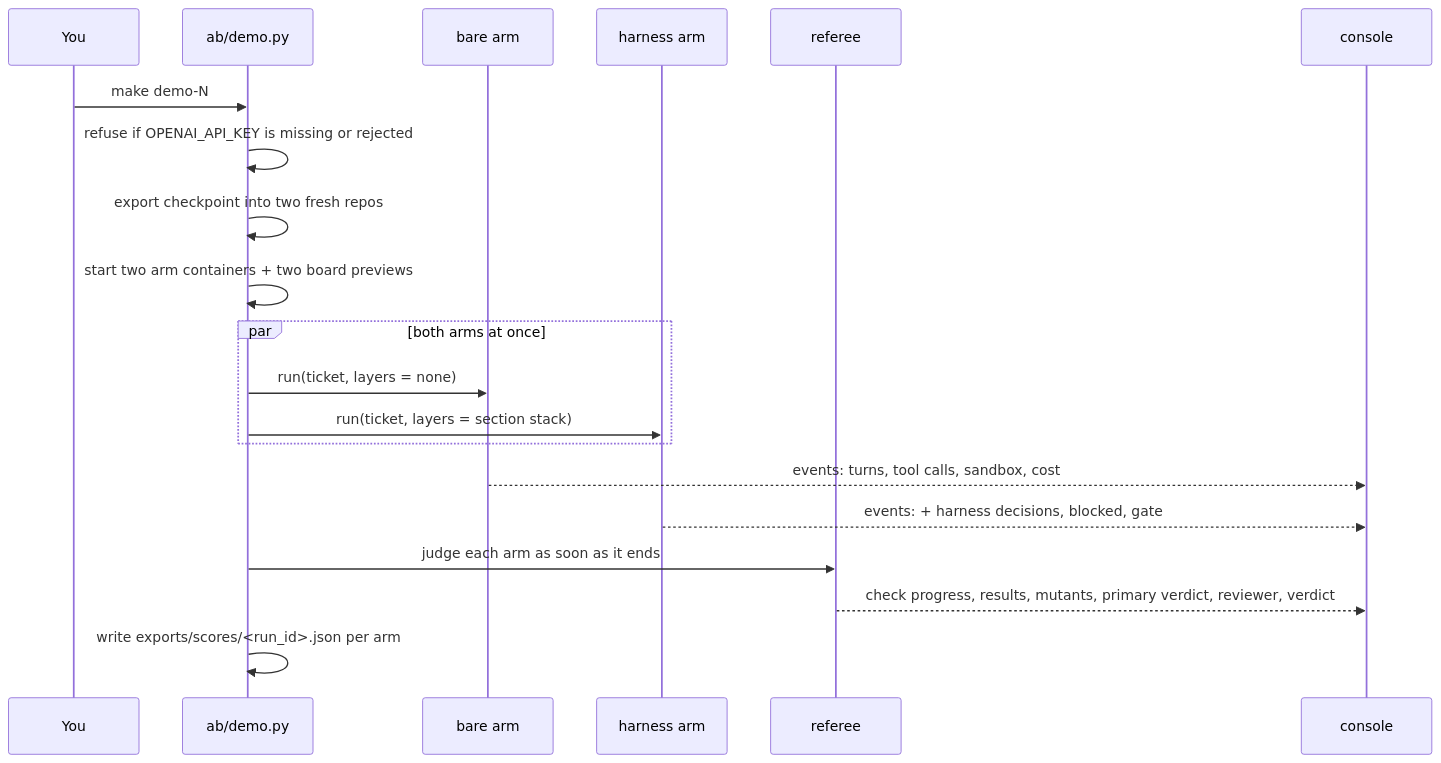
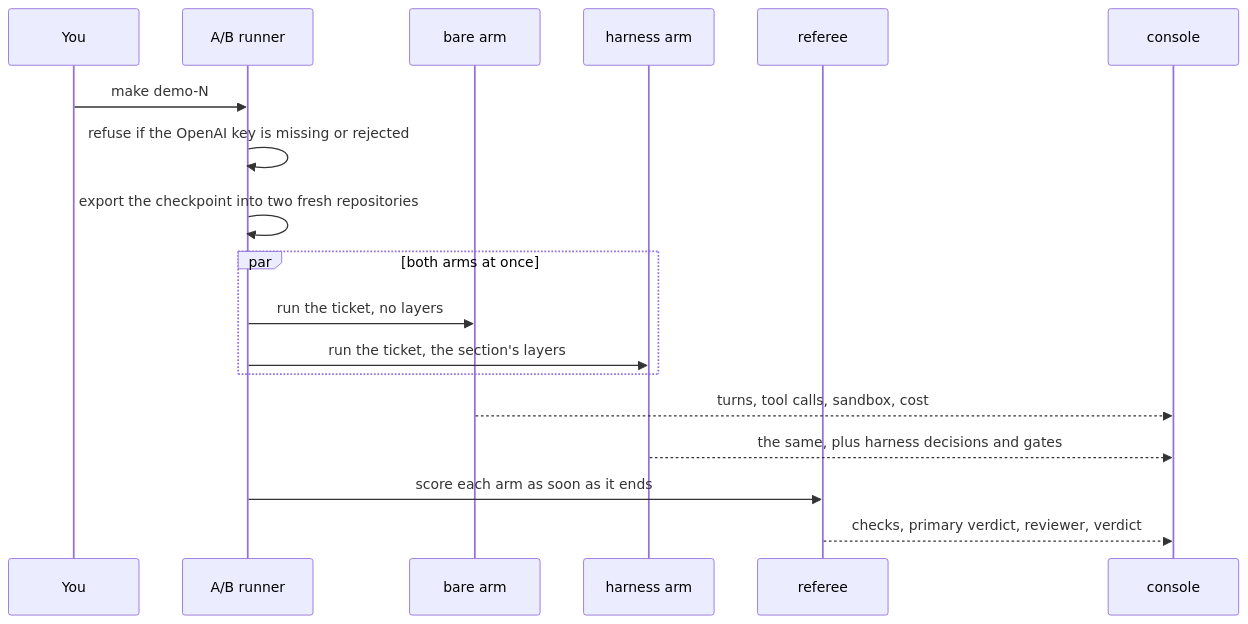
Before and after one commit to ANI-IN/shipharness-dev: the second of 2 diagrams in docs/architecture.md, drawn with Mermaid. The commit also changed other lines of this file and 17 other files, not shown here.

````diff
--- a/docs/architecture.md
+++ b/docs/architecture.md
@@ -101,22 +88,20 @@
 ```mermaid
 sequenceDiagram
   participant You
-  participant AB as ab/demo.py
+  participant AB as A/B runner
   participant B as bare arm
   participant H as harness arm
   participant R as referee
   participant C as console
   You->>AB: make demo-N
-  AB->>AB: refuse if OPENAI_API_KEY is missing or rejected
-  AB->>AB: export checkpoint into two fresh repos
-  AB->>AB: start two arm containers + two board previews
+  AB->>AB: refuse if the OpenAI key is missing or rejected
+  AB->>AB: export the checkpoint into two fresh repositories
   par both arms at once
-    AB->>B: run(ticket, layers = none)
-    AB->>H: run(ticket, layers = section stack)
+    AB->>B: run the ticket, no layers
+    AB->>H: run the ticket, the section's layers
   end
-  B-->>C: events: turns, tool calls, sandbox, cost
-  H-->>C: events: + harness decisions, blocked, gate
-  AB->>R: judge each arm as soon as it ends
-  R-->>C: check progress, results, mutants, primary verdict, reviewer, verdict
-  AB->>AB: write exports/scores/<run_id>.json per arm
+  B-->>C: turns, tool calls, sandbox, cost
+  H-->>C: the same, plus harness decisions and gates
+  AB->>R: score each arm as soon as it ends
+  R-->>C: checks, primary verdict, reviewer, verdict
 ```
````
